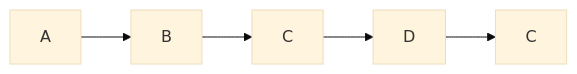
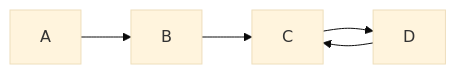
Before and after one commit to snsin/diagrams: the diagram in wrong-pairs.md, drawn with Mermaid (base theme).

Commit message:
fix link D-C

````diff
--- a/wrong-pairs.md
+++ b/wrong-pairs.md
@@ -1,7 +1,7 @@
 ```mermaid
   graph LR;
       A-->B;
       B-->C;
       C-->D;
-      D-->С;
+      D-->C;
 ```
````
